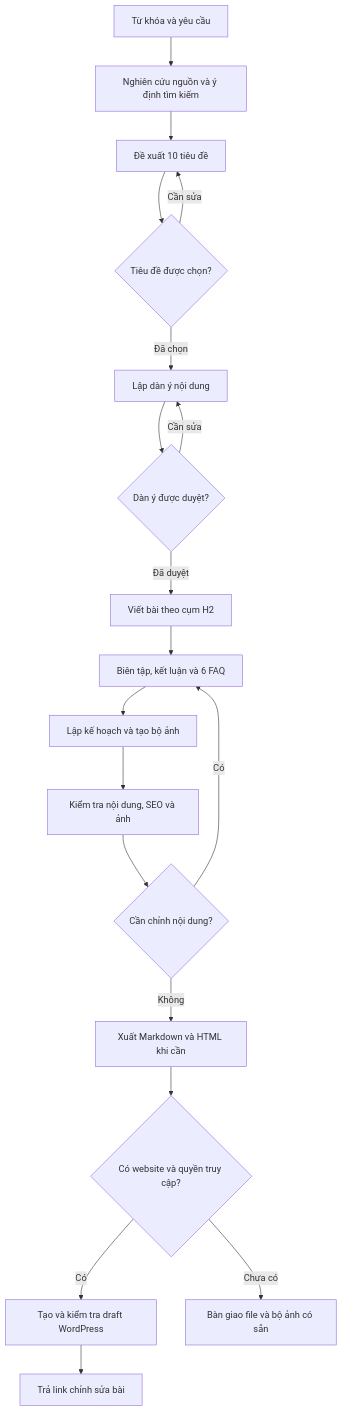
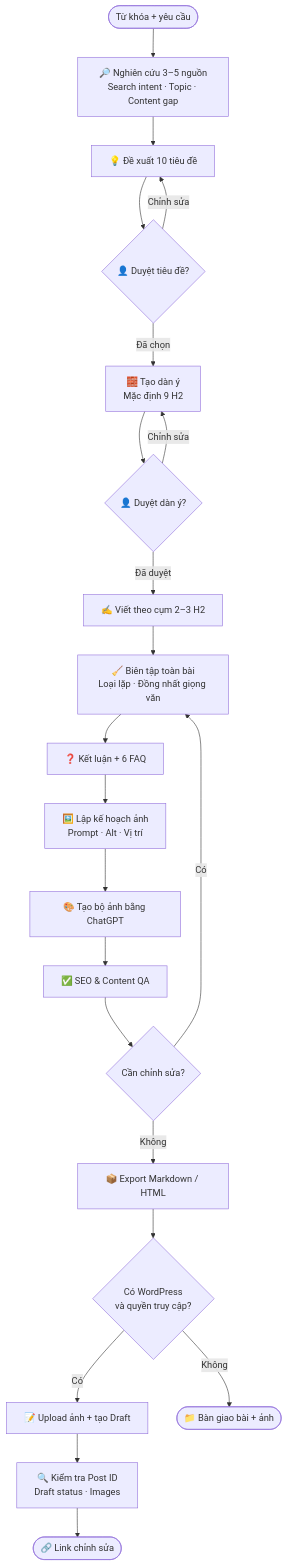
One commit to LiemproAI/seo-blog-writer-skill changed the first of 4 diagrams in README.md. Above: the diagram before and after it, drawn with Mermaid. The commit also changed other lines of this file, not shown here.

Commit message:
docs: redesign README with full workflow and Mermaid diagrams

````diff
--- a/README.md
+++ b/README.md
@@ -26,21 +66,30 @@
 ```mermaid
 flowchart TD
-    A["Từ khóa và yêu cầu"] --> B["Nghiên cứu nguồn và ý định tìm kiếm"]
-    B --> C["Đề xuất 10 tiêu đề"]
-    C --> D{"Tiêu đề được chọn?"}
-    D -->|Cần sửa| C
-    D -->|Đã chọn| E["Lập dàn ý nội dung"]
-    E --> F{"Dàn ý được duyệt?"}
-    F -->|Cần sửa| E
-    F -->|Đã duyệt| G["Viết bài theo cụm H2"]
-    G --> H["Biên tập, kết luận và 6 FAQ"]
-    H --> I["Lập kế hoạch và tạo bộ ảnh"]
-    I --> J["Kiểm tra nội dung, SEO và ảnh"]
-    J --> K{"Cần chỉnh nội dung?"}
-    K -->|Có| H
-    K -->|Không| L["Xuất Markdown và HTML khi cần"]
-    L --> M{"Có website và quyền truy cập?"}
-    M -->|Có| N["Tạo và kiểm tra draft WordPress"]
-    M -->|Chưa có| O["Bàn giao file và bộ ảnh có sẵn"]
-    N --> P["Trả link chỉnh sửa bài"]
+    START([Từ khóa + yêu cầu]) --> RESEARCH["🔎 Nghiên cứu 3–5 nguồn<br/>Search intent · Topic · Content gap"]
+    RESEARCH --> TITLES["💡 Đề xuất 10 tiêu đề"]
+    TITLES --> TITLE_OK{"👤 Duyệt tiêu đề?"}
+
+    TITLE_OK -->|Chỉnh sửa| TITLES
+    TITLE_OK -->|Đã chọn| OUTLINE["🧱 Tạo dàn ý<br/>Mặc định 9 H2"]
+
+    OUTLINE --> OUTLINE_OK{"👤 Duyệt dàn ý?"}
+    OUTLINE_OK -->|Chỉnh sửa| OUTLINE
+    OUTLINE_OK -->|Đã duyệt| WRITE["✍️ Viết theo cụm 2–3 H2"]
+
+    WRITE --> EDIT["🧹 Biên tập toàn bài<br/>Loại lặp · Đồng nhất giọng văn"]
+    EDIT --> FAQ["❓ Kết luận + 6 FAQ"]
+    FAQ --> IMAGE_PLAN["🖼️ Lập kế hoạch ảnh<br/>Prompt · Alt · Vị trí"]
+    IMAGE_PLAN --> IMAGE_GEN["🎨 Tạo bộ ảnh bằng ChatGPT"]
+    IMAGE_GEN --> QA["✅ SEO & Content QA"]
+
+    QA --> QA_OK{"Cần chỉnh sửa?"}
+    QA_OK -->|Có| EDIT
+    QA_OK -->|Không| EXPORT["📦 Export Markdown / HTML"]
+
+    EXPORT --> WP{"Có WordPress<br/>và quyền truy cập?"}
+    WP -->|Có| DRAFT["📝 Upload ảnh + tạo Draft"]
+    DRAFT --> VERIFY["🔍 Kiểm tra Post ID<br/>Draft status · Images"]
+    VERIFY --> DONE([🔗 Link chỉnh sửa])
+
+    WP -->|Không| DELIVERY([📁 Bàn giao bài + ảnh])
 ```
````
